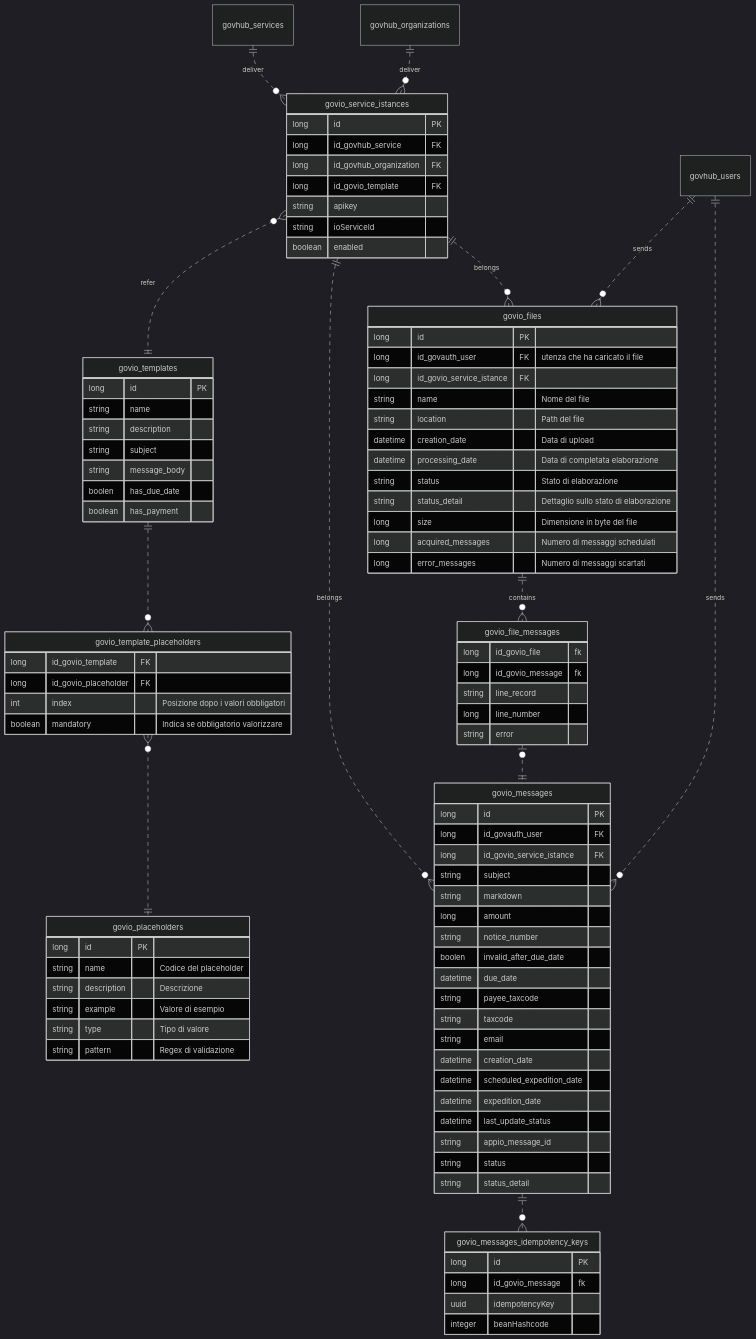
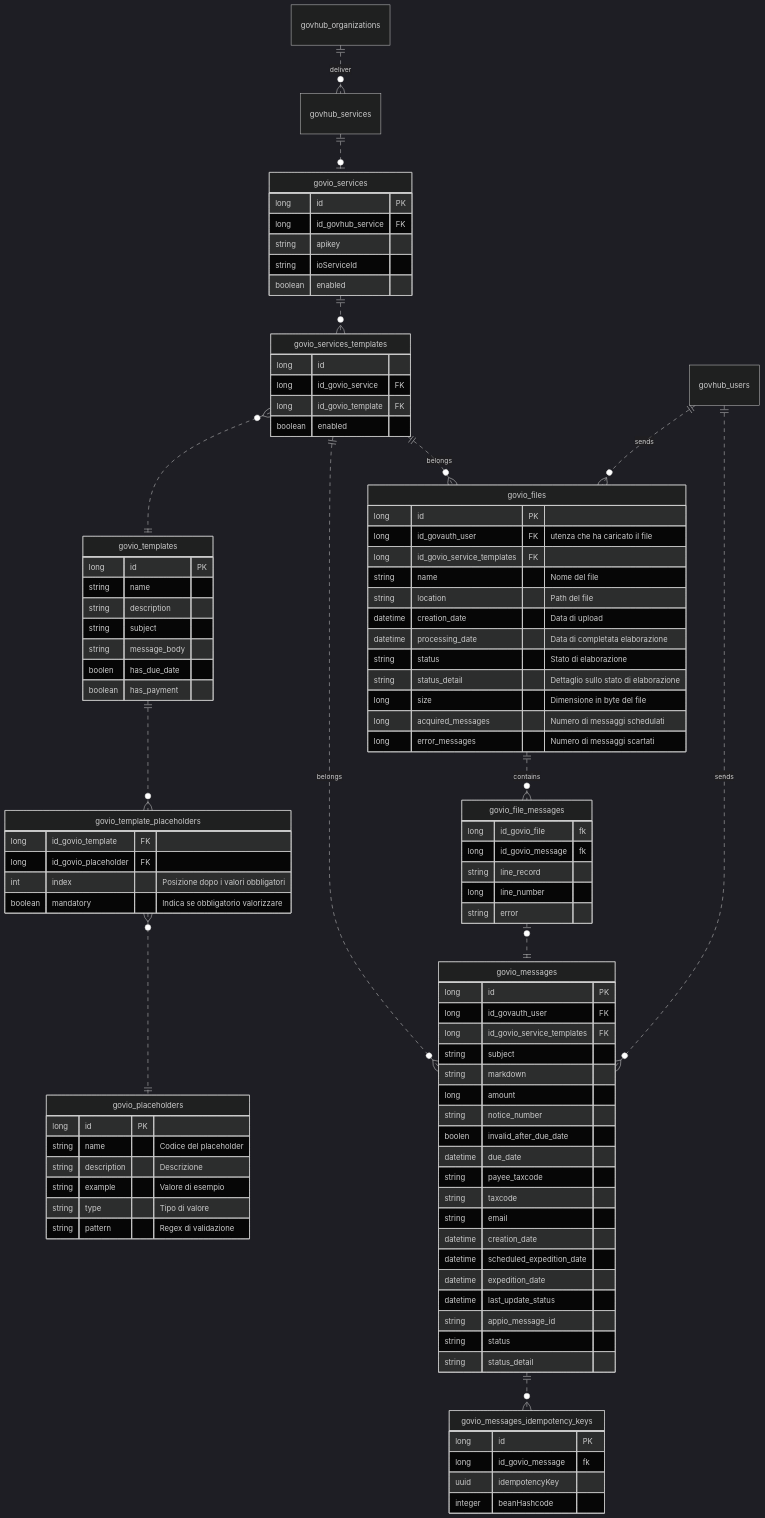
One commit to link-it/govio-docs changed the diagram in documentazione-tecnica/database.md. Above: the diagram before and after it, drawn with Mermaid (dark theme).

Commit message:
Versione 2.x - rivista organizzazione dei servizi

````diff
--- a/documentazione-tecnica/database.md
+++ b/documentazione-tecnica/database.md
@@ -8,26 +8,34 @@
 erDiagram
 
 
+    govhub_services ||..o| govio_services : ""
+    govio_services ||..o{ govio_services_templates : ""
+    govio_services_templates }o..|| govio_templates : ""
+    govhub_organizations ||..o{ govhub_services : deliver
+
     govio_templates ||..o{ govio_template_placeholders : ""
     govio_template_placeholders }o..|| govio_placeholders : ""
-    govhub_services ||..o{ govio_service_istances : deliver
-    govio_service_istances }o..|| govio_templates : refer
-    govhub_organizations ||..o{ govio_service_istances : deliver
-    govio_service_istances ||..o{ govio_messages : belongs 
-    govio_service_istances ||..o{ govio_files : belongs
+    govio_services_templates ||..o{ govio_messages : belongs 
+    govio_services_templates ||..o{ govio_files : belongs
     govhub_users ||..o{ govio_files : sends  
     govio_files ||..o{ govio_file_messages : contains
     govio_file_messages o|..|| govio_messages : "" 
     govhub_users ||..o{ govio_messages : sends  
     govio_messages ||..o{ govio_messages_idempotency_keys : ""
 
-    govio_service_istances {
+
+    govio_services {
         long id PK
         long id_govhub_service FK
-        long id_govhub_organization FK
-        long id_govio_template FK
         string apikey
         string ioServiceId
+        boolean enabled
+    }
+
+    govio_services_templates {
+        long id
+        long id_govio_service FK
+        long id_govio_template FK
         boolean enabled
     }
 
@@ -40,6 +48,7 @@
         boolen has_due_date
         boolean has_payment
     }
+
 
     govio_template_placeholders {
         long id_govio_template FK
@@ -60,7 +69,7 @@
     govio_files {
         long id PK
         long id_govauth_user FK "utenza che ha caricato il file" 
-        long id_govio_service_istance FK
+        long id_govio_service_templates FK
         string name "Nome del file"
         string location "Path del file"
         datetime creation_date "Data di upload"
@@ -83,7 +92,7 @@
     govio_messages {
         long id PK
         long id_govauth_user FK
-        long id_govio_service_istance FK
+        long id_govio_service_templates FK
         string subject
         string markdown
         long amount
@@ -110,4 +119,7 @@
     }
 
 
+
+
+
 ```
````
